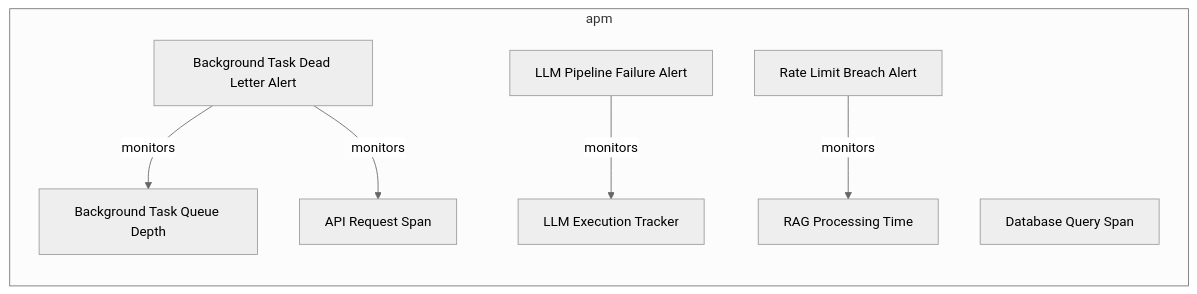
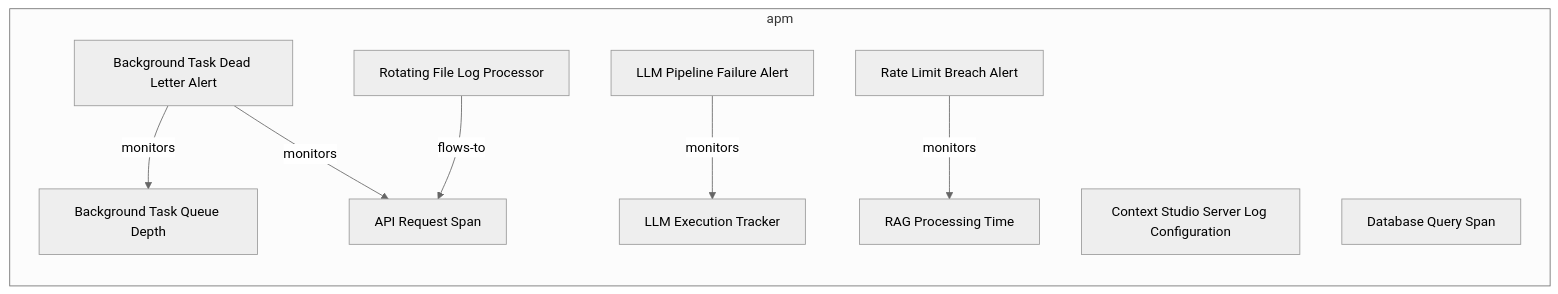
One commit to tinkermonkey/context-studio changed the first of 2 diagrams in documentation-robotics/reports/11-apm-layer-report.md. Above: the diagram before and after it, drawn with Mermaid (neutral theme). The commit also changed other lines of this file and 22 other files, not shown here.

````diff
--- a/documentation-robotics/reports/11-apm-layer-report.md
+++ b/documentation-robotics/reports/11-apm-layer-report.md
@@ -30,17 +30,20 @@
 ```mermaid
 flowchart LR
   subgraph apm
     apm_alert_background_task_dead_letter_alert["Background Task Dead Letter Alert"]
     apm_alert_llm_pipeline_failure_alert["LLM Pipeline Failure Alert"]
     apm_alert_rate_limit_breach_alert["Rate Limit Breach Alert"]
+    apm_logconfiguration_context_studio_server_log_configuration["Context Studio Server Log Configuration"]
+    apm_logprocessor_rotating_file_log_processor["Rotating File Log Processor"]
     apm_metricinstrument_background_task_queue_depth["Background Task Queue Depth"]
     apm_metricinstrument_llm_execution_tracker["LLM Execution Tracker"]
     apm_metricinstrument_rag_processing_time["RAG Processing Time"]
     apm_span_api_request_span["API Request Span"]
     apm_span_database_query_span["Database Query Span"]
     apm_alert_background_task_dead_letter_alert -->|monitors| apm_metricinstrument_background_task_queue_depth
     apm_alert_background_task_dead_letter_alert -->|monitors| apm_span_api_request_span
     apm_alert_llm_pipeline_failure_alert -->|monitors| apm_metricinstrument_llm_execution_tracker
     apm_alert_rate_limit_breach_alert -->|monitors| apm_metricinstrument_rag_processing_time
+    apm_logprocessor_rotating_file_log_processor -->|flows-to| apm_span_api_request_span
   end
 ```
````
